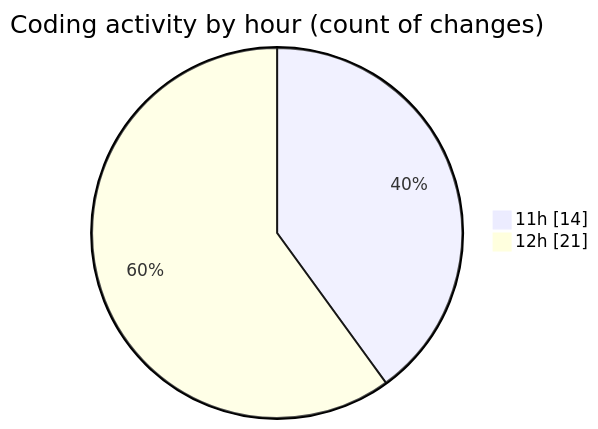
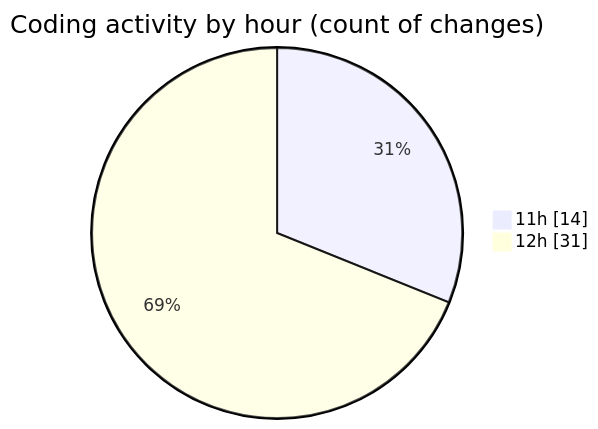
Before and after one commit to nxtqubesakshisongat/code-tracking: the second of 2 diagrams in 2026-08-24/nxtqube_webapp/README.md, drawn with Mermaid. The commit also changed other lines of this file and 1 other file, not shown here.

````diff
--- a/2026-08-24/nxtqube_webapp/README.md
+++ b/2026-08-24/nxtqube_webapp/README.md
@@ -38,6 +41,6 @@
 ```mermaid
 pie showData
 title Coding activity by hour (count of changes)
 "11h" : 14
-"12h" : 21
+"12h" : 31
 ```
````
